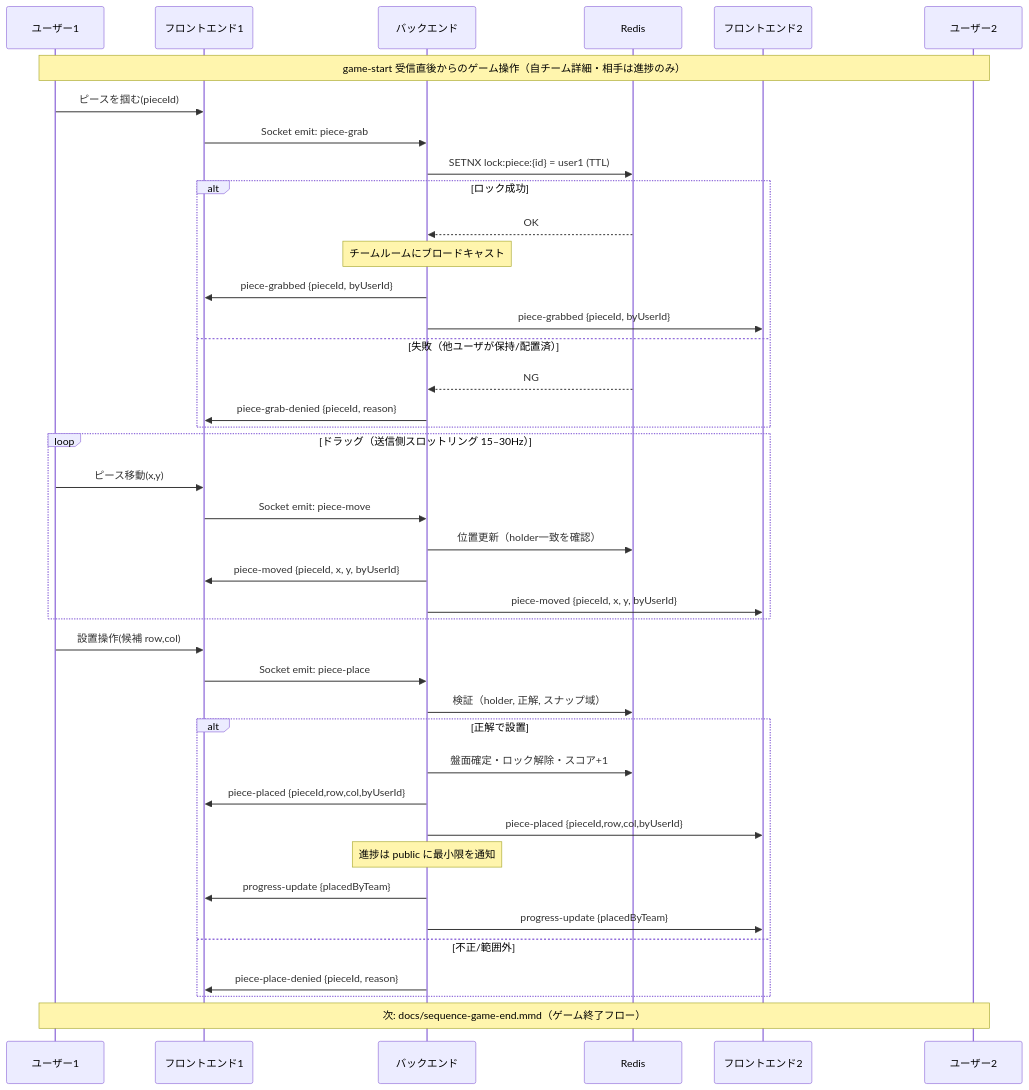
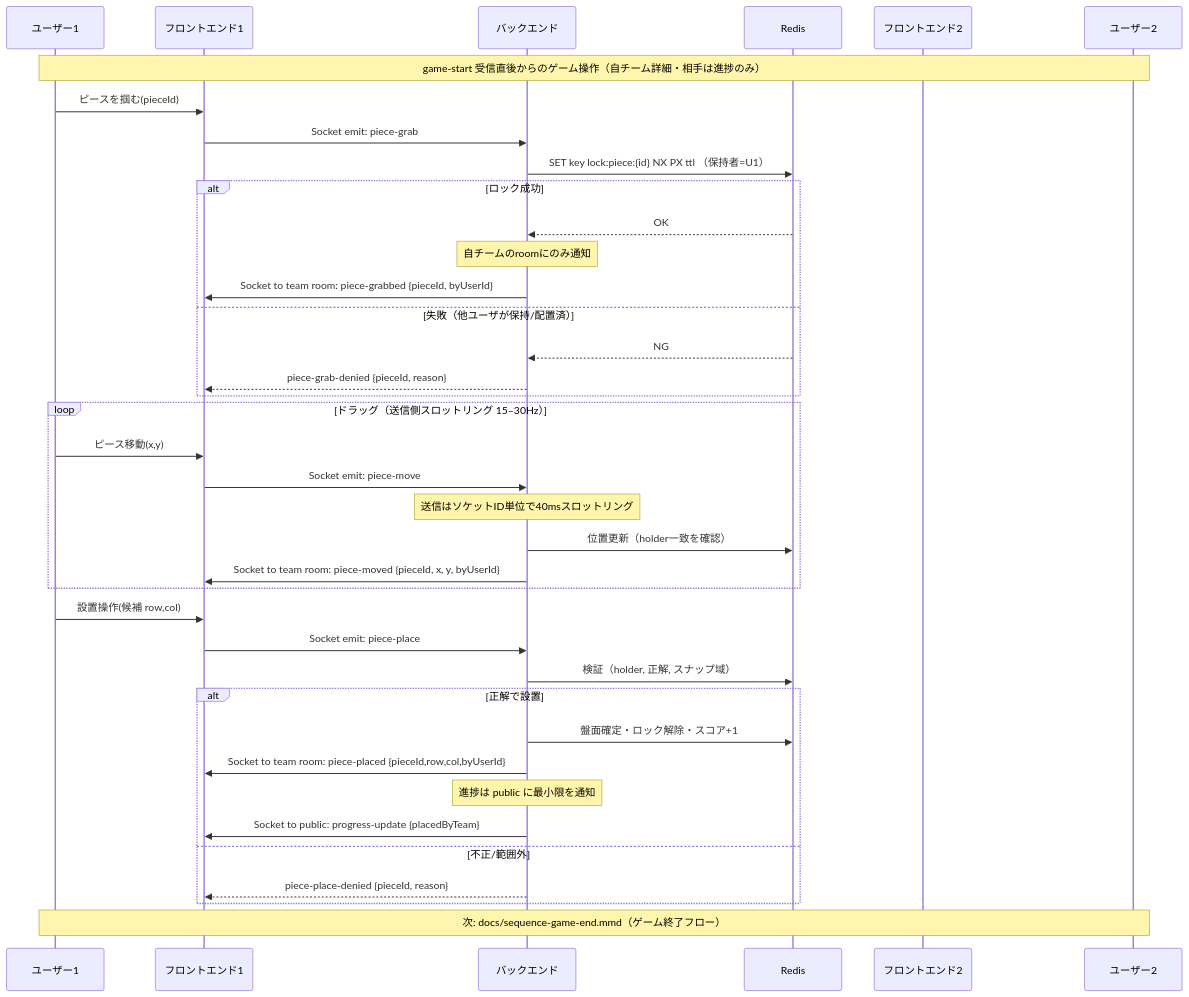
One commit to kotek-7/minpuzz changed the diagram in docs/in-game/sequence-in-game.mmd. Above: the diagram before and after it, drawn with Mermaid. The commit also changed 6 other files, not shown here.

```diff
--- a/docs/in-game/sequence-in-game.mmd
+++ b/docs/in-game/sequence-in-game.mmd
@@ -1,49 +1,46 @@
 %%{init: {'theme':'default', 'themeVariables': {'primaryColor': '#4f46e5', 'primaryTextColor': '#fff', 'primaryBorderColor': '#3730a3', 'lineColor': '#374151', 'secondaryColor': '#e5e7eb', 'tertiaryColor': '#f3f4f6'}}}%%
 
 %% ゲーム中（通常操作：掴む→動かす→設置→進捗更新）
 sequenceDiagram
     participant U1 as ユーザー1
     participant F1 as フロントエンド1
     participant B as バックエンド
     participant R as Redis
     participant F2 as フロントエンド2
     participant U2 as ユーザー2
 
     Note over U1,U2: game-start 受信直後からのゲーム操作（自チーム詳細・相手は進捗のみ）
 
     U1->>F1: ピースを掴む(pieceId)
     F1->>B: Socket emit: piece-grab
-    B->>R: SETNX lock:piece:{id} = user1 (TTL)
+    B->>R: SET key lock:piece:{id} NX PX ttl （保持者=U1）
     alt ロック成功
         R-->>B: OK
-        Note over B: チームルームにブロードキャスト
-        B->>F1: piece-grabbed {pieceId, byUserId}
-        B->>F2: piece-grabbed {pieceId, byUserId}
+        Note over B: 自チームのroomにのみ通知
+        B->>F1: Socket to team room: piece-grabbed {pieceId, byUserId}
     else 失敗（他ユーザが保持/配置済）
         R-->>B: NG
-        B->>F1: piece-grab-denied {pieceId, reason}
+        B-->>F1: piece-grab-denied {pieceId, reason}
     end
 
     loop ドラッグ（送信側スロットリング 15–30Hz）
         U1->>F1: ピース移動(x,y)
         F1->>B: Socket emit: piece-move
+        Note over B: 送信はソケットID単位で40msスロットリング
         B->>R: 位置更新（holder一致を確認）
-        B->>F1: piece-moved {pieceId, x, y, byUserId}
-        B->>F2: piece-moved {pieceId, x, y, byUserId}
+        B->>F1: Socket to team room: piece-moved {pieceId, x, y, byUserId}
     end
 
     U1->>F1: 設置操作(候補 row,col)
     F1->>B: Socket emit: piece-place
     B->>R: 検証（holder, 正解, スナップ域）
     alt 正解で設置
         B->>R: 盤面確定・ロック解除・スコア+1
-        B->>F1: piece-placed {pieceId,row,col,byUserId}
-        B->>F2: piece-placed {pieceId,row,col,byUserId}
+        B->>F1: Socket to team room: piece-placed {pieceId,row,col,byUserId}
         Note over B: 進捗は public に最小限を通知
-        B->>F1: progress-update {placedByTeam}
-        B->>F2: progress-update {placedByTeam}
+        B->>F1: Socket to public: progress-update {placedByTeam}
     else 不正/範囲外
-        B->>F1: piece-place-denied {pieceId, reason}
+        B-->>F1: piece-place-denied {pieceId, reason}
     end
 
     Note over U1,U2: 次: docs/sequence-game-end.mmd（ゲーム終了フロー）
```
